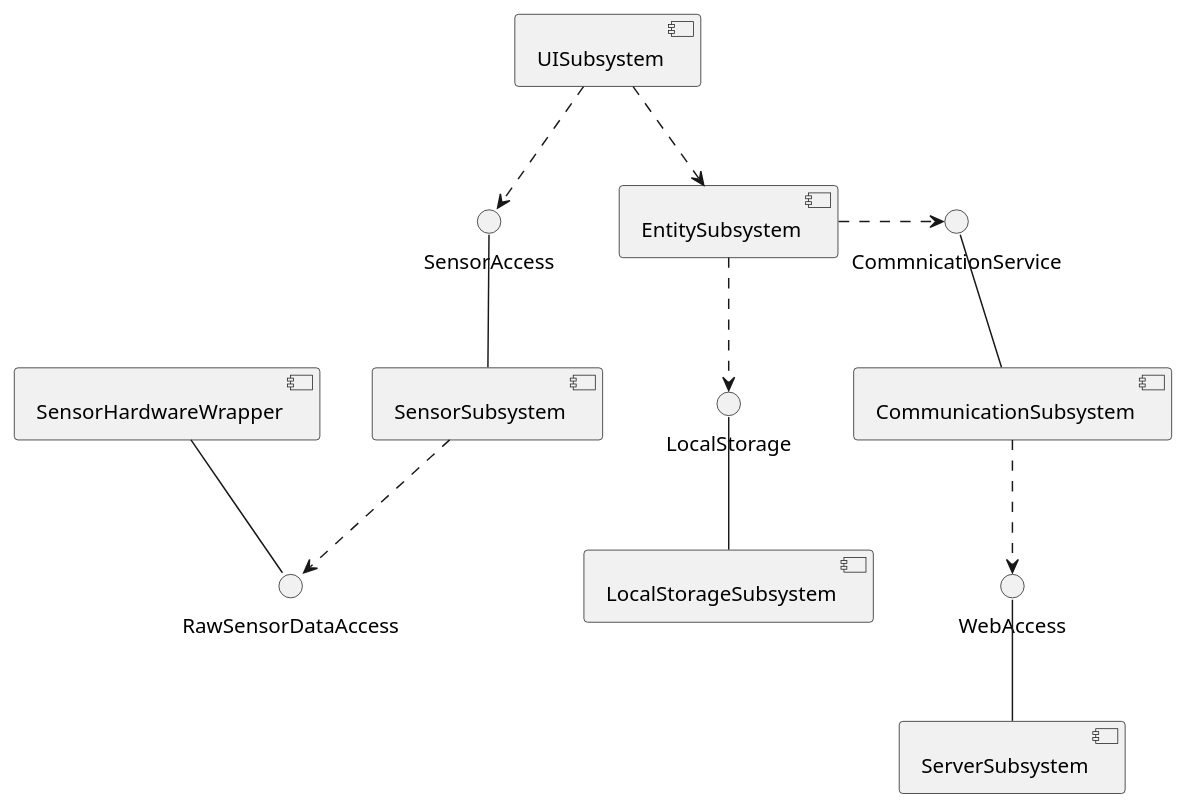
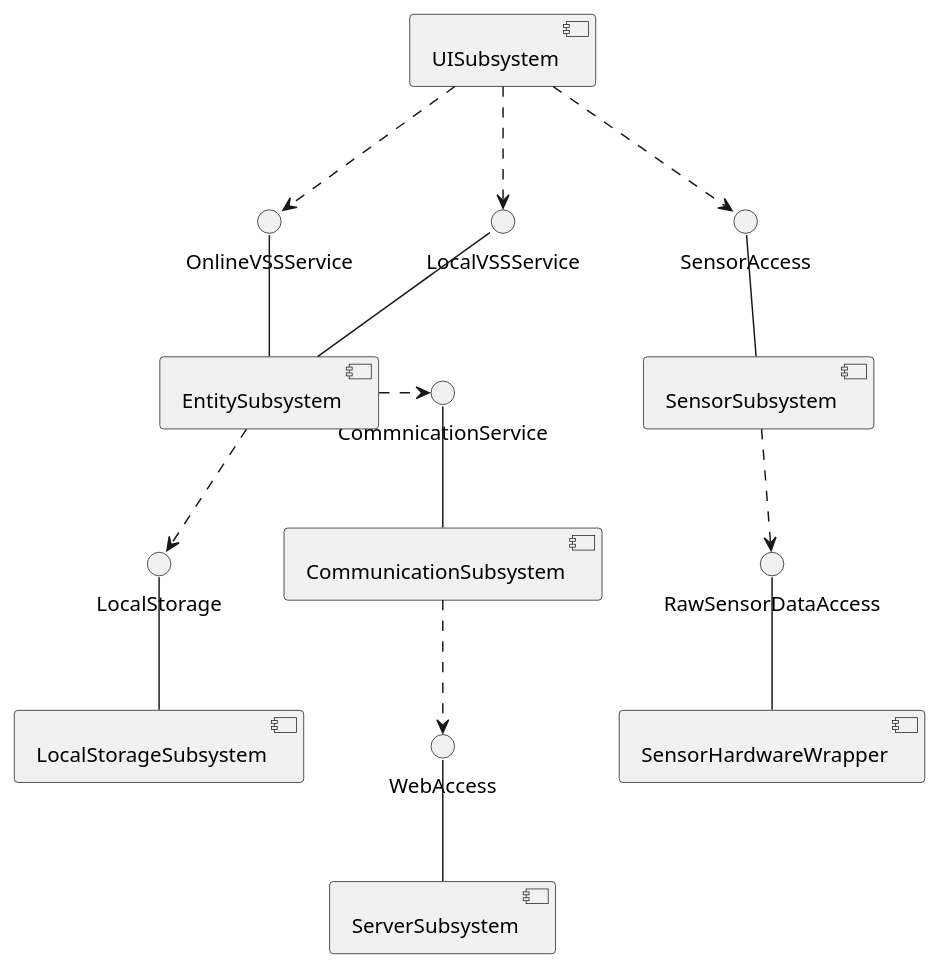
One commit to kpp19920121/doc changed the first of 2 diagrams in 设计/软件架构文档.md. Above: the diagram before and after it, drawn with PlantUML. The commit also changed other lines of this file, not shown here.

Commit message:
Defined Sensor Interface

````diff
--- a/设计/软件架构文档.md
+++ b/设计/软件架构文档.md
@@ -46,26 +46,31 @@
 ```PlantUML
 @startuml Diagrams/SubsystemDecomposition
 skinparam componentStyle uml2
 
 interface "WebAccess" as WA
 interface "CommnicationService" as CI
 interface "LocalStorage" as LS
 interface "SensorAccess" as SA
 interface "RawSensorDataAccess" as BC
+interface "LocalVSSService" as ML
+interface "OnlineVSSService" as MO
 
 [ServerSubsystem] -up- WA
 [CommunicationSubsystem] -up- CI
 [LocalStorageSubsystem] -up- LS
 [EntitySubsystem]
 [SensorSubsystem] -up- SA
 [UISubsystem]
+[EntitySubsystem] -up- ML
+[EntitySubsystem] -up- MO
 
 [CommunicationSubsystem] .down.> WA
 [EntitySubsystem] ..> LS
 [EntitySubsystem] .right.> CI
 [UISubsystem] ..> SA
-[UISubsystem] ..> [EntitySubsystem]
-[SensorHardwareWrapper] -down- BC
+[UISubsystem] ..> ML
+[UISubsystem] ..> MO
+[SensorHardwareWrapper] -up- BC
 [SensorSubsystem] ..> BC
 @enduml
 ```
````
